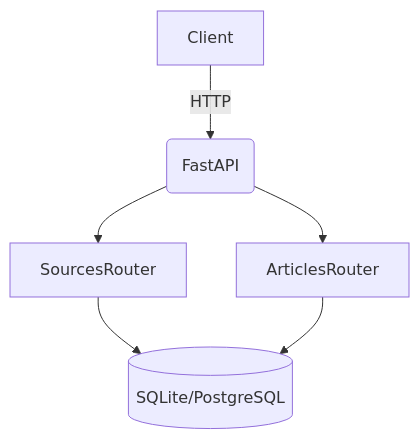
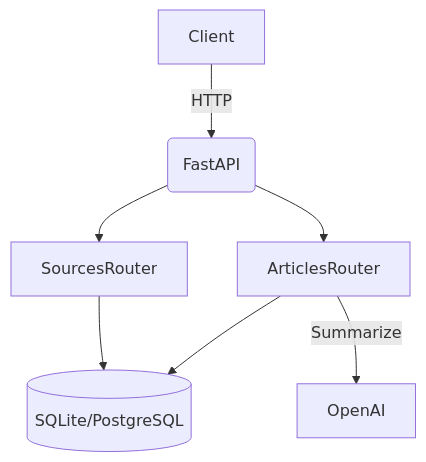
Before and after one commit to JulienDbrt/RSS-GPT-API: the diagram in README.md, drawn with Mermaid. The commit also changed other lines of this file, not shown here.

First line of the commit message:
Align codebase and docs with ARCHITECT_PLAN

````diff
--- a/README.md
+++ b/README.md
@@ -195,8 +195,9 @@
 ```mermaid
 graph TD
     Client[Client] -->|HTTP| API(FastAPI)
     API --> SourcesRouter
     API --> ArticlesRouter
     SourcesRouter --> DB[(SQLite/PostgreSQL)]
     ArticlesRouter --> DB
+    ArticlesRouter -->|Summarize| OpenAI
 ```
````
